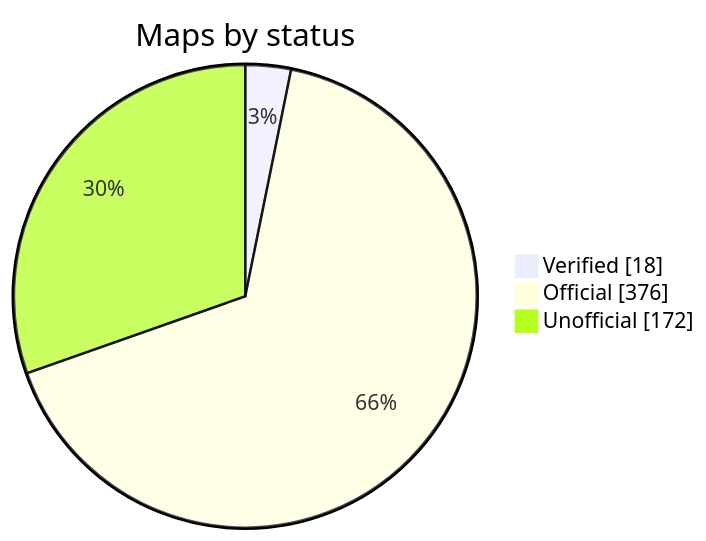
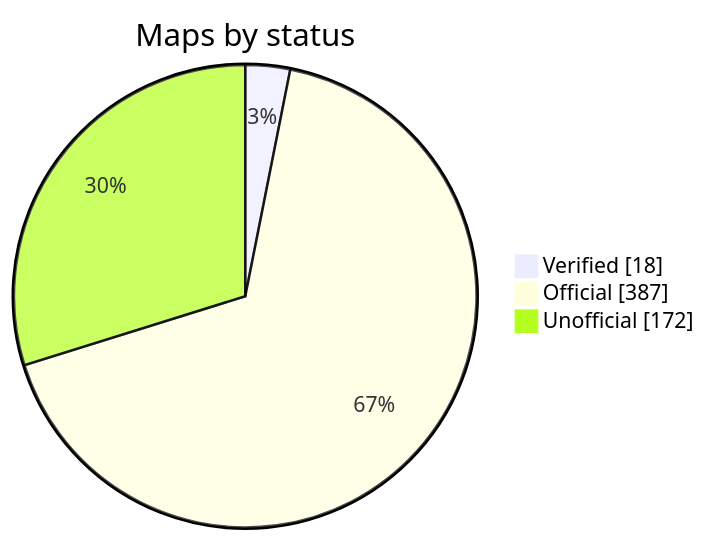
The diagram in README.md (nobrega8/mbmap-library), drawn with Mermaid before and after one commit. The commit also changed 15 other files, not shown here.

````diff
--- a/README.md
+++ b/README.md
@@ -52,7 +52,7 @@
 ```mermaid
 pie showData
     title Maps by status
     "Verified" : 18
-    "Official" : 376
+    "Official" : 387
     "Unofficial" : 172
 ```
````
